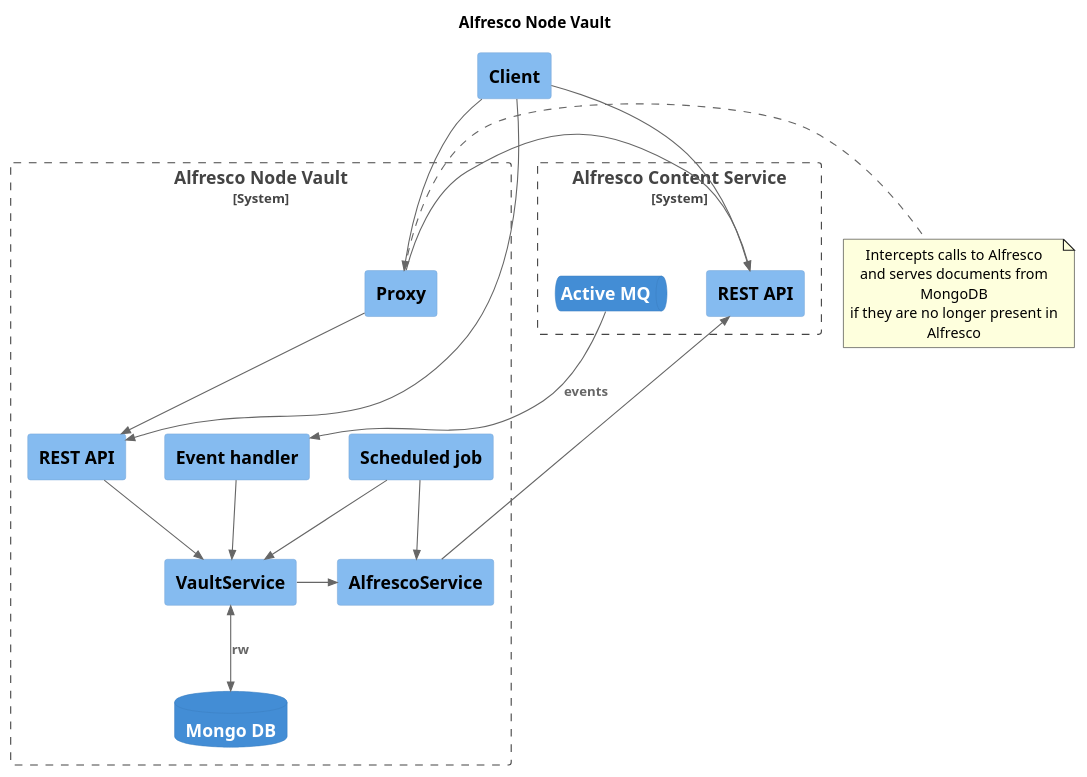
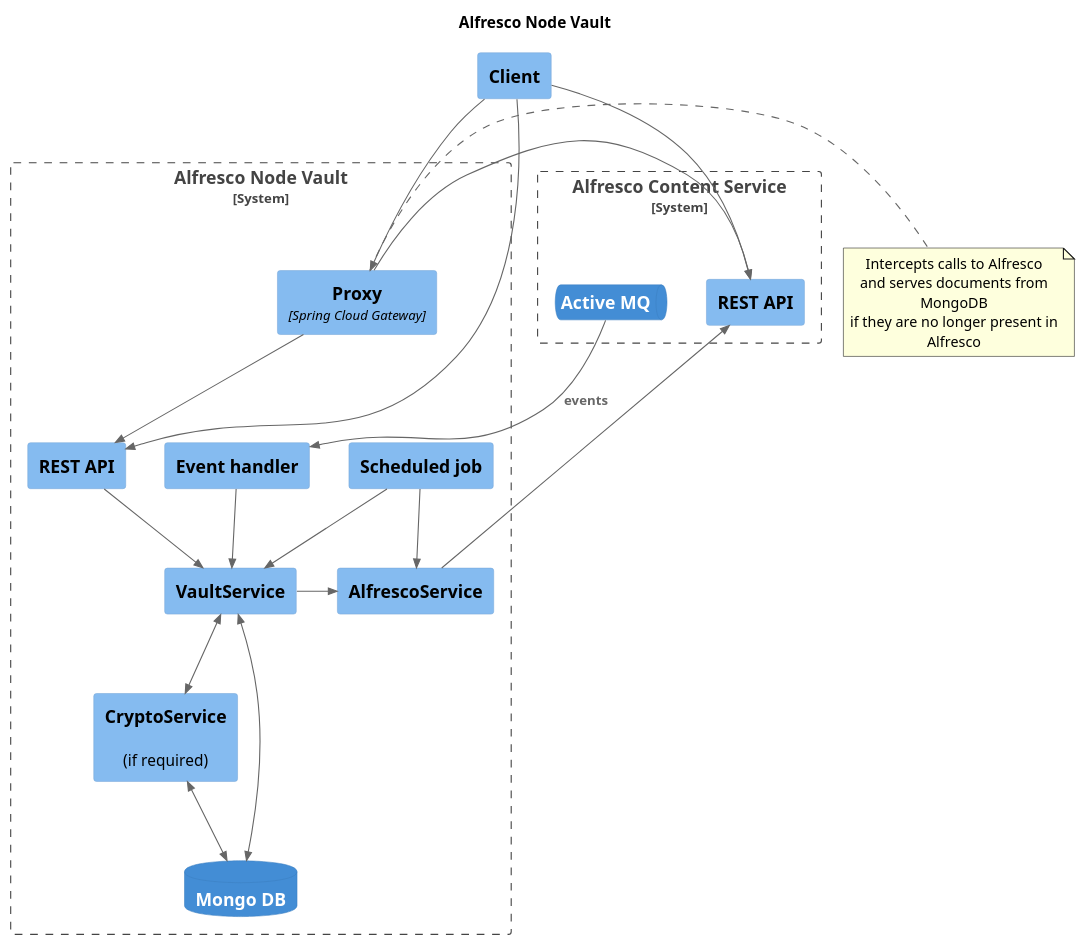
Before and after one commit to saidone75/alfresco-node-vault: the diagram in architecture.puml, drawn with PlantUML. The commit also changed 1 other file, not shown here.

Commit message:
Update architecture diagram to include CryptoService

```diff
--- a/architecture.puml
+++ b/architecture.puml
@@ -1,47 +1,50 @@
 @startuml
 !include <C4/C4_Container>
 !include <C4/C4_Component>
 
 hide stereotype
 
 title Alfresco Node Vault
 
 System_Boundary(anv, "Alfresco Node Vault") {
-  Component(anvProxy, "Proxy")
+  Component(anvProxy, "Proxy", "Spring Cloud Gateway")
   Component(anvApi, "REST API")
   Component(anvHandler, "Event handler")
   Component(anvJob, "Scheduled job")
   Component(anvVault, "VaultService")
+  Component(anvCrypto, "CryptoService",,"(if required)")
   Component(anvAlfresco, "AlfrescoService")
   ContainerDb(anvMongo, "Mongo DB")
 }
 
 note right of [anvProxy]
 Intercepts calls to Alfresco
 and serves documents from MongoDB
 if they are no longer present in Alfresco
 end note
 
 System_Boundary(acs, "Alfresco Content Service") {
   ContainerQueue(acsQueue, "Active MQ")
   Component(acsApi, "REST API")
 }
 
 Rel_D(acsQueue, anvHandler, "events")
 Rel_D(anvProxy, anvApi, "")
 Rel_R(anvProxy, acsApi, "")
 Rel_D(anvApi, anvVault, "")
 Rel_D(anvHandler, anvVault, "")
 Rel_D(anvJob, anvVault, "")
 Rel_D(anvJob, anvAlfresco, "")
-BiRel_D(anvVault, anvMongo, "rw")
+BiRel_D(anvVault, anvCrypto, "")
+BiRel_D(anvVault, anvMongo, "")
+BiRel_D(anvCrypto, anvMongo, "")
 Rel_R(anvVault, anvAlfresco, "")
 Rel_R(anvAlfresco, acsApi, "")
 
 Component(client, "Client")
 
 Rel_D(client, anvProxy, "")
 Rel_D(client, anvApi, "")
 Rel_D(client, acsApi, "")
 
 @enduml
```
